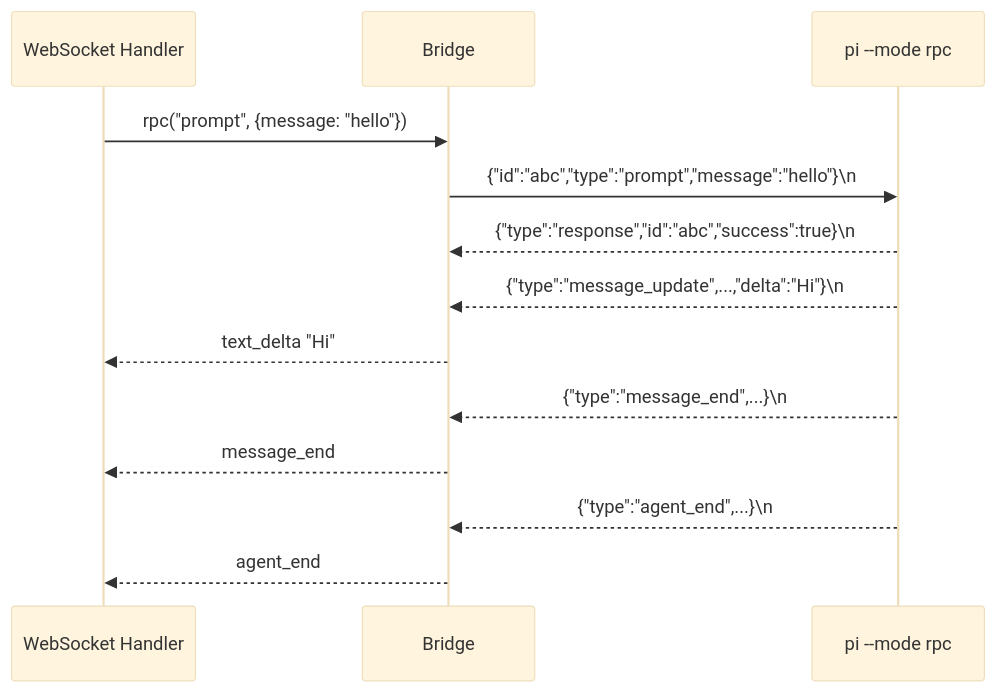
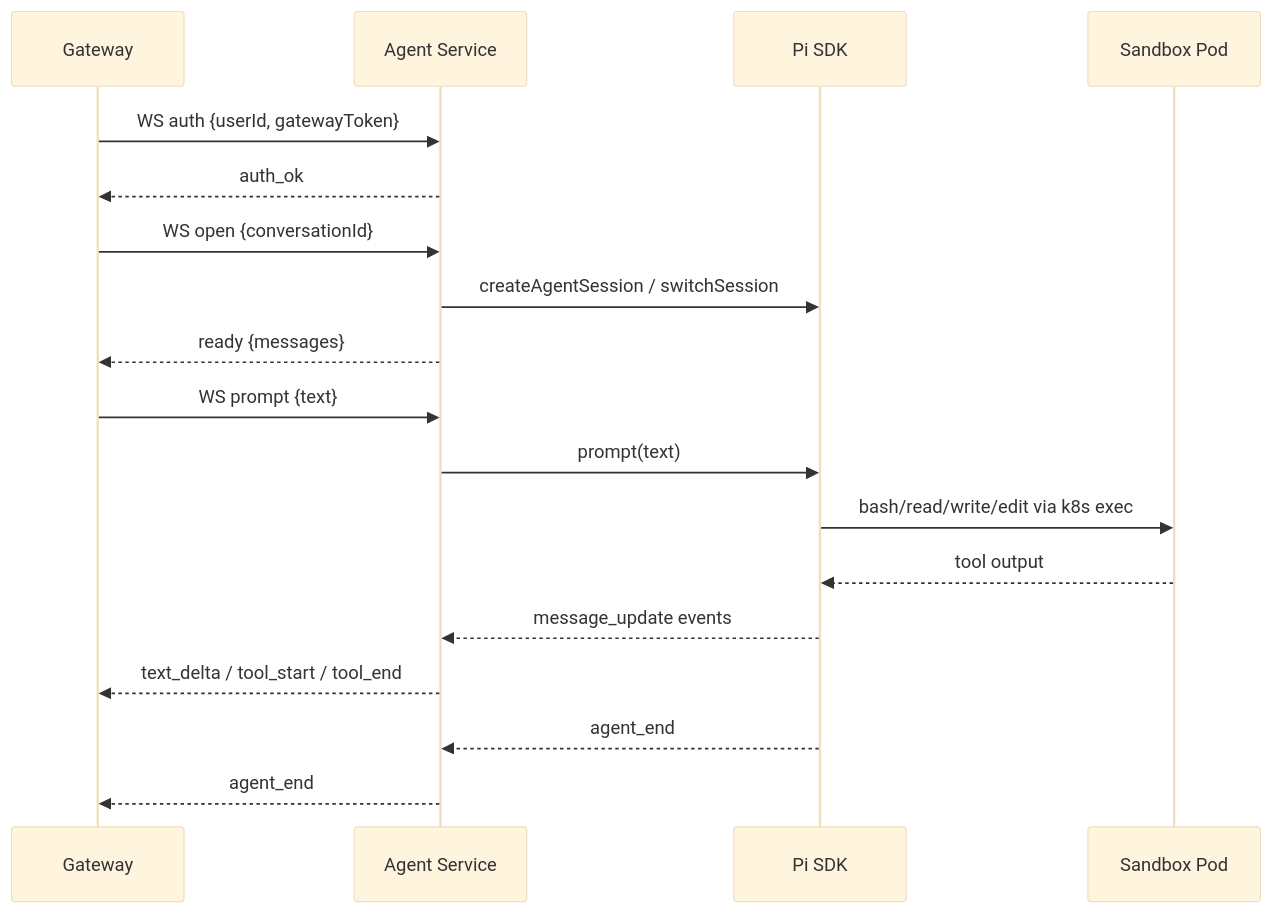
Before and after one commit to sigilmakes/goldilocks-app: the second of 3 diagrams in docs/ARCHITECTURE.md, drawn with Mermaid (base theme). The commit also changed other lines of this file and 7 other files, not shown here.

First line of the commit message:
docs: rewrite architecture docs for agent-service topology

````diff
--- a/docs/ARCHITECTURE.md
+++ b/docs/ARCHITECTURE.md
@@ -51,16 +56,21 @@
 ```mermaid
 sequenceDiagram
-    participant WS as WebSocket Handler
-    participant B as Bridge
-    participant Pi as pi --mode rpc
+    participant GW as Gateway
+    participant AS as Agent Service
+    participant SDK as Pi SDK
+    participant Pod as Sandbox Pod
 
-    WS->>B: rpc("prompt", {message: "hello"})
-    B->>Pi: {"id":"abc","type":"prompt","message":"hello"}\n
-    Pi-->>B: {"type":"response","id":"abc","success":true}\n
-    Pi-->>B: {"type":"message_update",...,"delta":"Hi"}\n
-    B-->>WS: text_delta "Hi"
-    Pi-->>B: {"type":"message_end",...}\n
-    B-->>WS: message_end
-    Pi-->>B: {"type":"agent_end",...}\n
-    B-->>WS: agent_end
+    GW->>AS: WS auth {userId, gatewayToken}
+    AS-->>GW: auth_ok
+    GW->>AS: WS open {conversationId}
+    AS->>SDK: createAgentSession / switchSession
+    AS-->>GW: ready {messages}
+    GW->>AS: WS prompt {text}
+    AS->>SDK: prompt(text)
+    SDK->>Pod: bash/read/write/edit via k8s exec
+    Pod-->>SDK: tool output
+    SDK-->>AS: message_update events
+    AS-->>GW: text_delta / tool_start / tool_end
+    SDK-->>AS: agent_end
+    AS-->>GW: agent_end
 ```
````
